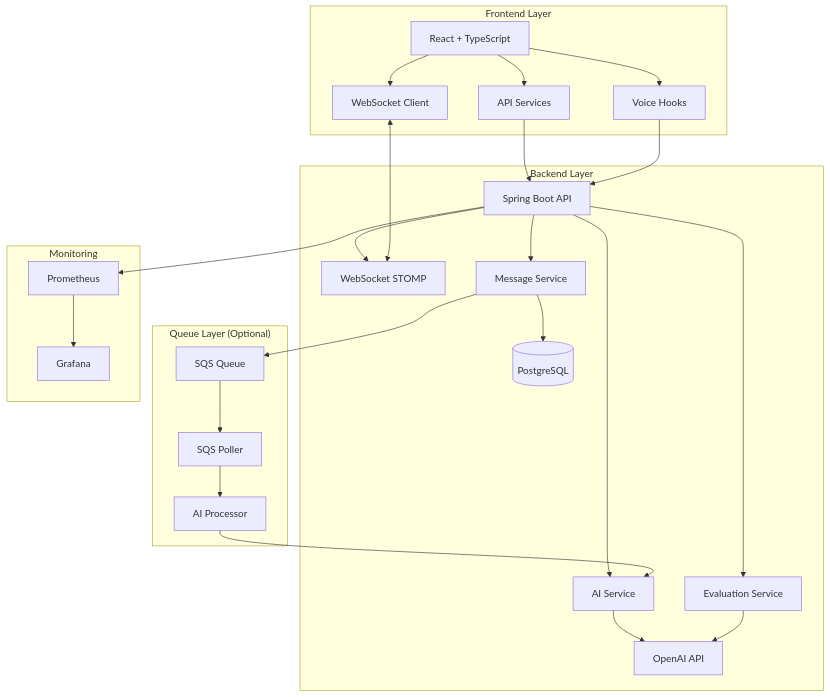
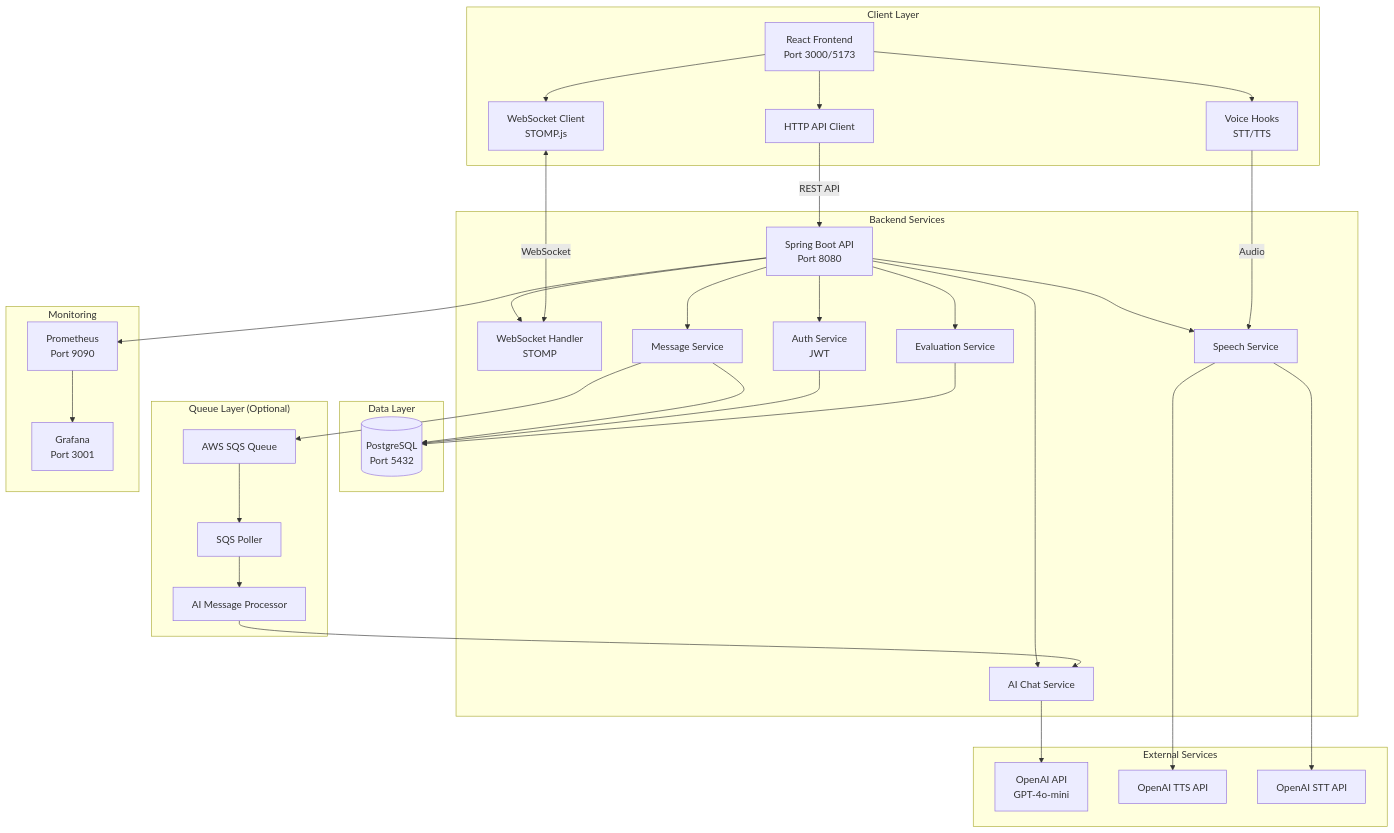
Before and after one commit to AlejandroPosadaR/Miraiprep: the first of 4 diagrams in README.md, drawn with Mermaid. The commit also changed other lines of this file and 2 other files, not shown here.

Commit message:
Full CI/CD with aws

````diff
--- a/README.md
+++ b/README.md
@@ -65,34 +65,45 @@
 ```mermaid
 graph TB
-    subgraph "Frontend Layer"
-        A[React + TypeScript] --> B[WebSocket Client]
-        A --> C[Voice Hooks]
-        A --> D[API Services]
+    subgraph "Client Layer"
+        A[React Frontend<br/>Port 3000/5173] --> B[WebSocket Client<br/>STOMP.js]
+        A --> C[HTTP API Client]
+        A --> D[Voice Hooks<br/>STT/TTS]
     end
     
-    subgraph "Backend Layer"
-        E[Spring Boot API] --> F[WebSocket STOMP]
+    subgraph "Backend Services"
+        E[Spring Boot API<br/>Port 8080] --> F[WebSocket Handler<br/>STOMP]
         E --> G[Message Service]
-        E --> H[AI Service]
+        E --> H[AI Chat Service]
         E --> I[Evaluation Service]
-        G --> J[(PostgreSQL)]
-        H --> K[OpenAI API]
-        I --> K
+        E --> J[Speech Service]
+        E --> K[Auth Service<br/>JWT]
+    end
+    
+    subgraph "Data Layer"
+        G --> L[(PostgreSQL<br/>Port 5432)]
+        K --> L
+        I --> L
+    end
+    
+    subgraph "External Services"
+        H --> M[OpenAI API<br/>GPT-4o-mini]
+        J --> N[OpenAI TTS API]
+        J --> O[OpenAI STT API]
     end
     
     subgraph "Queue Layer (Optional)"
-        G --> L[SQS Queue]
-        L --> M[SQS Poller]
-        M --> N[AI Processor]
+        G --> P[AWS SQS Queue]
+        P --> Q[SQS Poller]
+        Q --> R[AI Message Processor]
+        R --> H
     end
     
     subgraph "Monitoring"
-        E --> O[Prometheus]
-        O --> P[Grafana]
+        E --> S[Prometheus<br/>Port 9090]
+        S --> T[Grafana<br/>Port 3001]
     end
     
-    B <--> F
-    D --> E
-    C --> E
-    N --> H
+    B <-->|WebSocket| F
+    C -->|REST API| E
+    D -->|Audio| J
 ```
````
